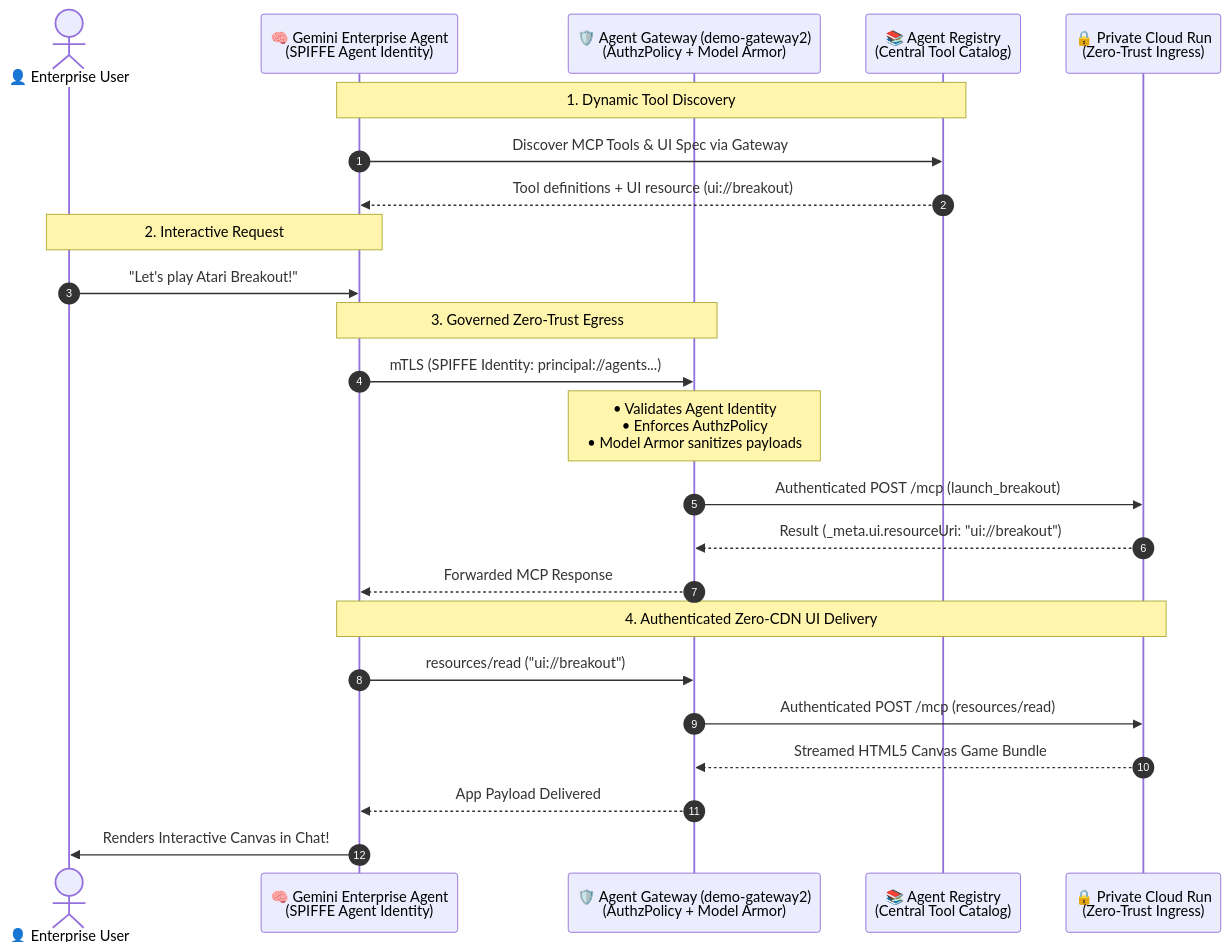
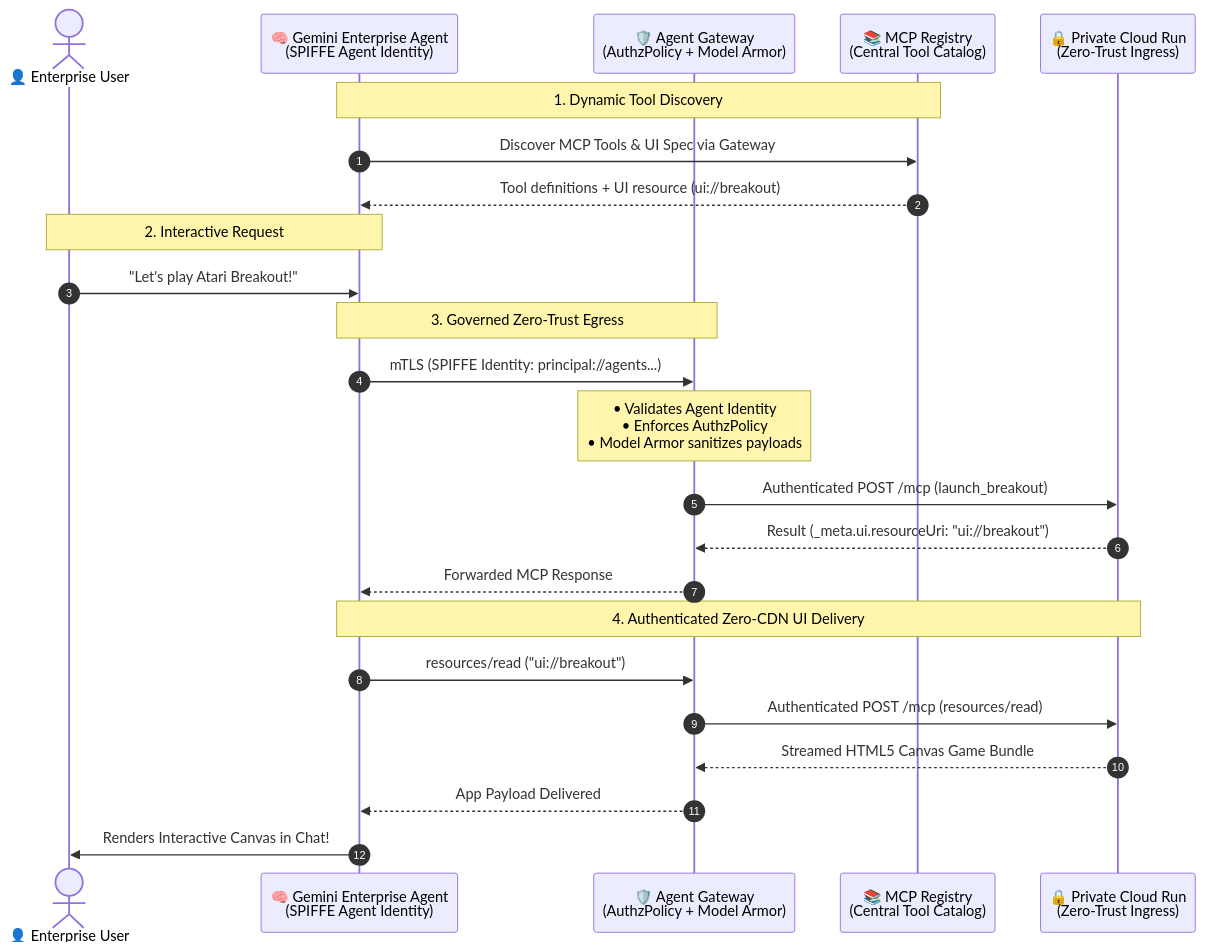
The diagram in docs/GEAP_ENTERPRISE_SETUP.md (spaulds/mcp-app-breakout-ge), drawn with Mermaid before and after one commit. The commit also changed other lines of this file and 1 other file, not shown here.

Commit message:
docs: remove specific gateway names, adopt MCP Registry console naming, and document regionality requirements

````diff
--- a/docs/GEAP_ENTERPRISE_SETUP.md
+++ b/docs/GEAP_ENTERPRISE_SETUP.md
@@ -15,30 +15,30 @@
 ```mermaid
 sequenceDiagram
     autonumber
     actor User as 👤 Enterprise User
     participant GE as 🧠 Gemini Enterprise Agent<br/>(SPIFFE Agent Identity)
-    participant AGW as 🛡️ Agent Gateway (demo-gateway2)<br/>(AuthzPolicy + Model Armor)
-    participant REG as 📚 Agent Registry<br/>(Central Tool Catalog)
+    participant AGW as 🛡️ Agent Gateway<br/>(AuthzPolicy + Model Armor)
+    participant REG as 📚 MCP Registry<br/>(Central Tool Catalog)
     participant CR as 🔒 Private Cloud Run<br/>(Zero-Trust Ingress)
 
     Note over GE,REG: 1. Dynamic Tool Discovery
     GE->>REG: Discover MCP Tools & UI Spec via Gateway
     REG-->>GE: Tool definitions + UI resource (ui://breakout)
 
     Note over User,GE: 2. Interactive Request
     User->>GE: "Let's play Atari Breakout!"
 
     Note over GE,AGW: 3. Governed Zero-Trust Egress
     GE->>AGW: mTLS (SPIFFE Identity: principal://agents...)
     Note over AGW: • Validates Agent Identity<br/>• Enforces AuthzPolicy<br/>• Model Armor sanitizes payloads
     AGW->>CR: Authenticated POST /mcp (launch_breakout)
     CR-->>AGW: Result (_meta.ui.resourceUri: "ui://breakout")
     AGW-->>GE: Forwarded MCP Response
 
     Note over GE,CR: 4. Authenticated Zero-CDN UI Delivery
     GE->>AGW: resources/read ("ui://breakout")
     AGW->>CR: Authenticated POST /mcp (resources/read)
     CR-->>AGW: Streamed HTML5 Canvas Game Bundle
     AGW-->>GE: App Payload Delivered
     GE->>User: Renders Interactive Canvas in Chat!
 ```
````
